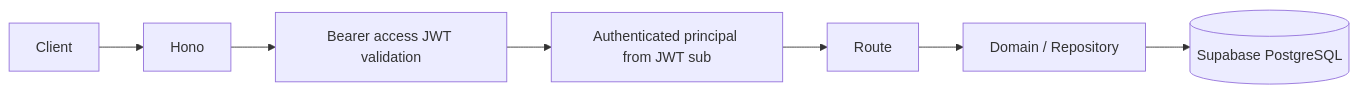
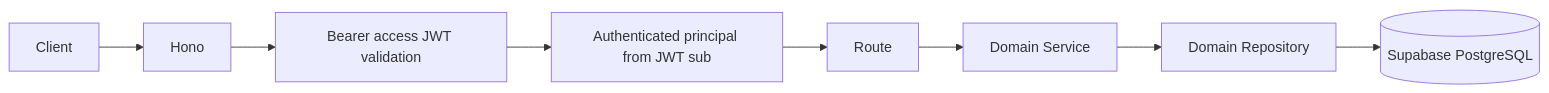
Before and after one commit to huiru-wang/fanto: the first of 2 diagrams in docs/architecture/server.md, drawn with Mermaid. The commit also changed other lines of this file and 129 other files, not shown here.

````diff
--- a/docs/architecture/server.md
+++ b/docs/architecture/server.md
@@ -22,9 +22,10 @@
 ```mermaid
 flowchart LR
   C[Client] --> H[Hono]
   H --> U[Bearer access JWT validation]
   U --> P[Authenticated principal from JWT sub]
   P --> R[Route]
-  R --> D[Domain / Repository]
+  R --> S[Domain Service]
+  S --> D[Domain Repository]
   D --> DB[(Supabase PostgreSQL)]
 ```
````
